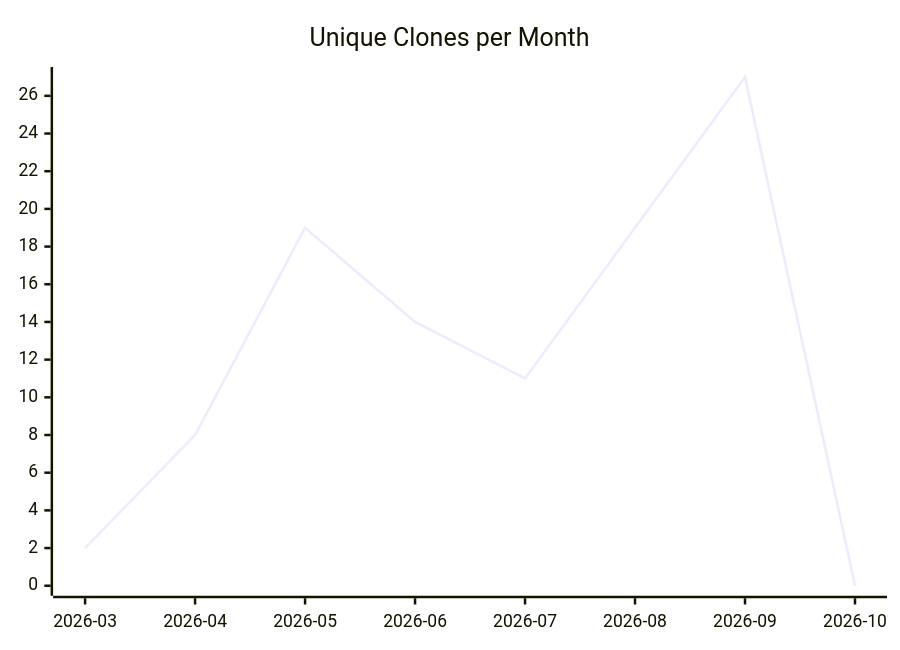
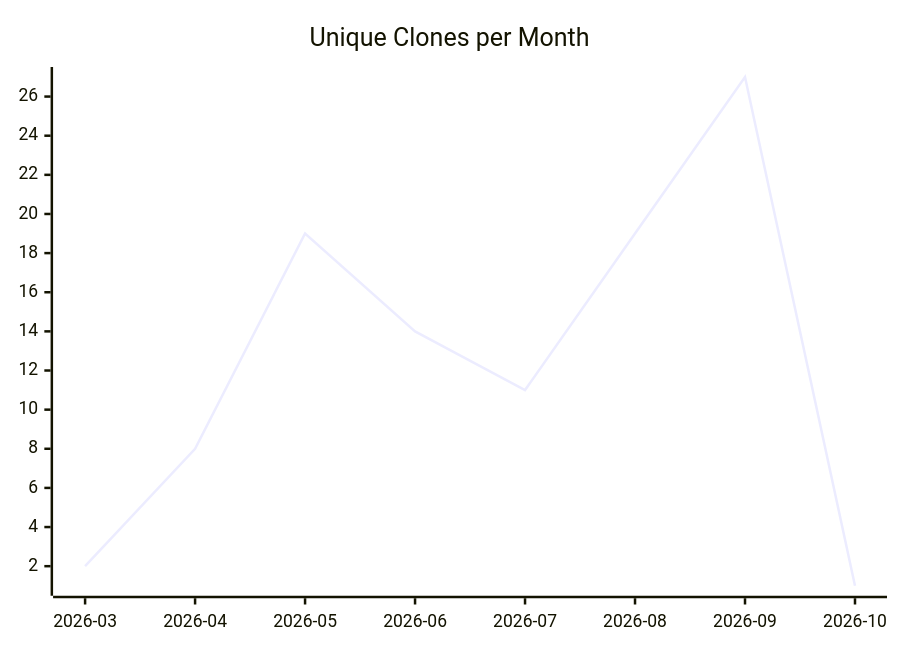
Before and after one commit to justdavis-family/github-analytics-data: the third of 3 diagrams in karlmdavis/rps-tourney/README.md, drawn with Mermaid. The commit also changed other lines of this file and 203 other files, not shown here.

````diff
--- a/karlmdavis/rps-tourney/README.md
+++ b/karlmdavis/rps-tourney/README.md
@@ -19,6 +19,6 @@
 ```mermaid
 xychart-beta
   title "Unique Clones per Month"
   x-axis ["2026-03", "2026-04", "2026-05", "2026-06", "2026-07", "2026-08", "2026-09", "2026-10"]
-  line [2, 8, 19, 14, 11, 19, 27, 0]
+  line [2, 8, 19, 14, 11, 19, 27, 1]
 ```
````
